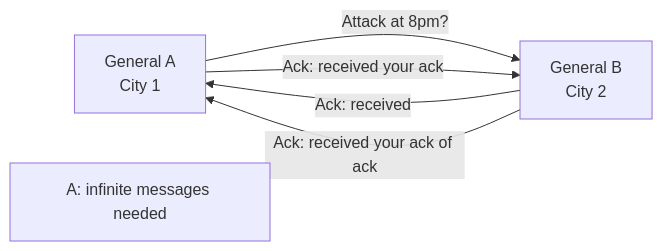
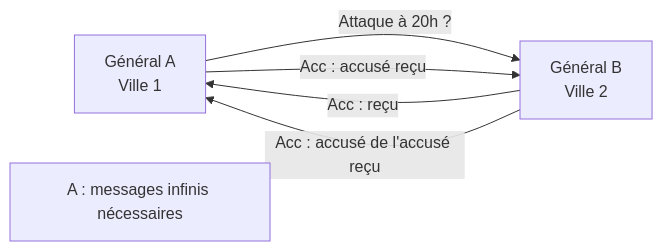
One commit to dardourimohamed/distributed-systems-course changed the fifth of 7 diagrams in src/fundamentals/02-message-passing.md. Above: the diagram before and after it, drawn with Mermaid. The commit also changed other lines of this file and 38 other files, not shown here.

````diff
--- a/src/fundamentals/02-message-passing.md
+++ b/src/fundamentals/02-message-passing.md
@@ -114,12 +114,12 @@
 ```mermaid
 graph LR
-    A[General A<br/>City 1]
-    B[General B<br/>City 2]
+    A[Général A<br/>Ville 1]
+    B[Général B<br/>Ville 2]
 
-    A -->|"Attack at 8pm?"| B
-    B -->|"Ack: received"| A
-    A -->|"Ack: received your ack"| B
-    B -->|"Ack: received your ack of ack"| A
+    A -->|"Attaque à 20h ?"| B
+    B -->|"Acc : reçu"| A
+    A -->|"Acc : accusé reçu"| B
+    B -->|"Acc : accusé de l'accusé reçu"| A
 
-    Note[A: infinite messages needed]
+    Note[A : messages infinis nécessaires]
 ```
````
